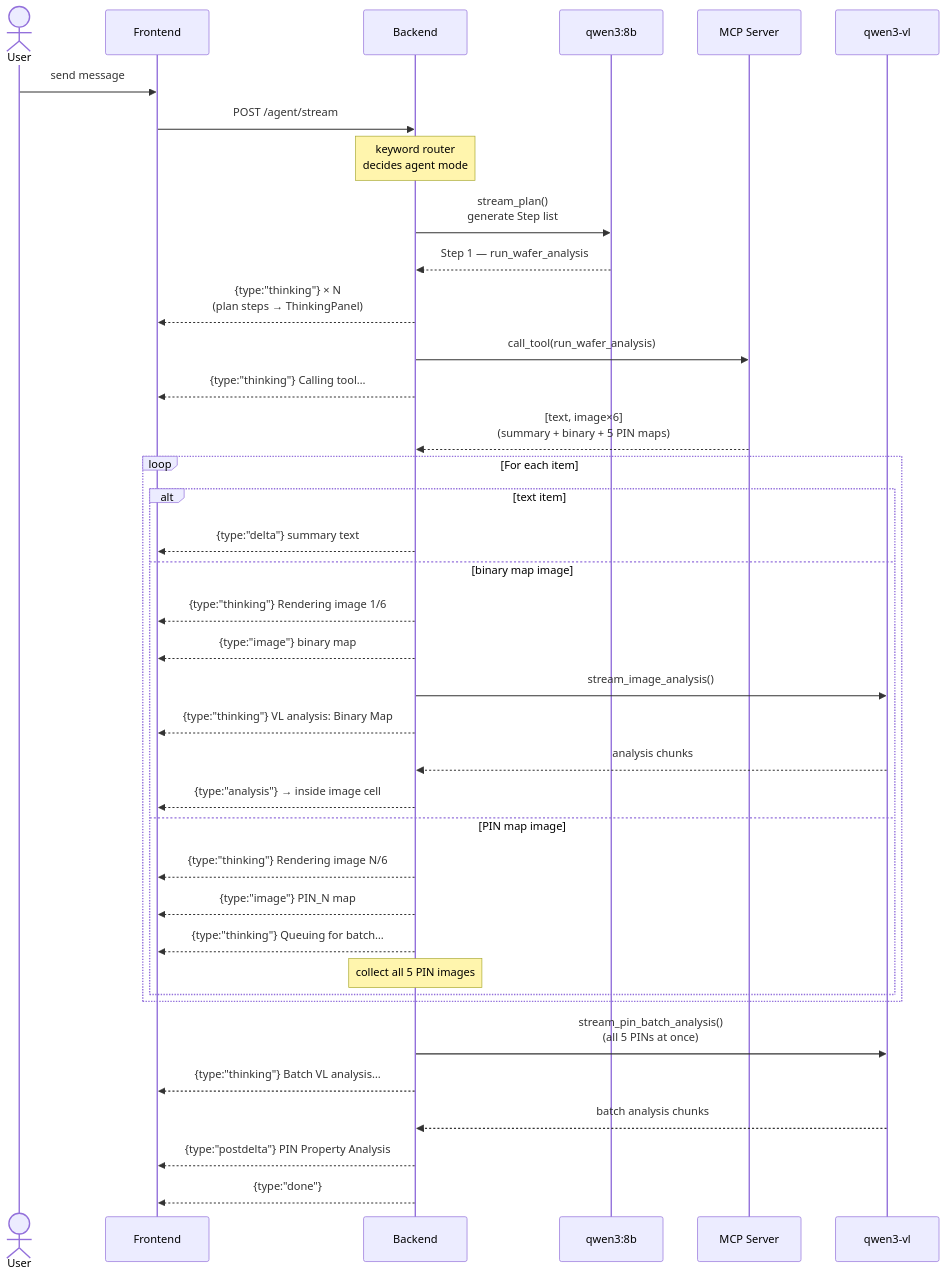
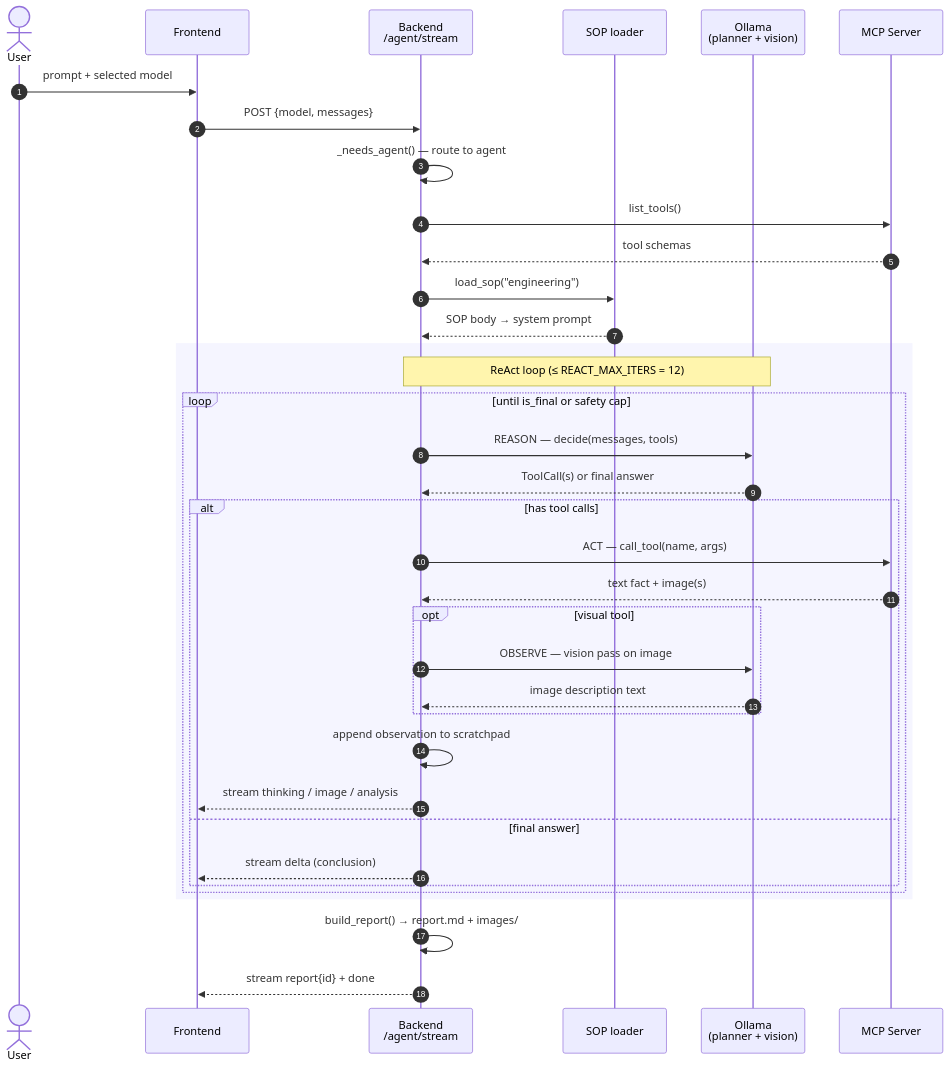
Before and after one commit to AlanTseng1018/LLM-Agent-Yield-Analysis-Engine: the second of 3 diagrams in ARCHITECTURE.md, drawn with Mermaid. The commit also changed other lines of this file, not shown here.

First line of the commit message:
docs(ARCHITECTURE): rewrite to match current ReAct-based architecture

````diff
--- a/ARCHITECTURE.md
+++ b/ARCHITECTURE.md
@@ -88,47 +70,43 @@
 ```mermaid
 sequenceDiagram
-    actor User
-    participant UI   as Frontend
-    participant BE   as Backend
-    participant LLM  as qwen3:8b
-    participant MCP  as MCP Server
-    participant VL   as qwen3-vl
+    autonumber
+    actor U as User
+    participant FE as Frontend
+    participant BE as Backend<br/>/agent/stream
+    participant SOP as SOP loader
+    participant LLM as Ollama<br/>(planner + vision)
+    participant MCP as MCP Server
 
-    User->>UI: send message
-    UI->>BE: POST /agent/stream
+    U->>FE: prompt + selected model
+    FE->>BE: POST {model, messages}
 
-    Note over BE: keyword router<br/>decides agent mode
+    BE->>BE: _needs_agent() — route to agent
+    BE->>MCP: list_tools()
+    MCP-->>BE: tool schemas
+    BE->>SOP: load_sop("engineering")
+    SOP-->>BE: SOP body → system prompt
 
-    BE->>LLM: stream_plan()<br/>generate Step list
-    LLM-->>BE: Step 1 — run_wafer_analysis
-    BE-->>UI: {type:"thinking"} × N<br/>(plan steps → ThinkingPanel)
+    rect rgb(245, 245, 255)
+    note over BE,LLM: ReAct loop (≤ REACT_MAX_ITERS = 12)
+    loop until is_final or safety cap
+        BE->>LLM: REASON — decide(messages, tools)
+        LLM-->>BE: ToolCall(s) or final answer
 
-    BE->>MCP: call_tool(run_wafer_analysis)
-    BE-->>UI: {type:"thinking"} Calling tool…
-
-    MCP-->>BE: [text, image×6]<br/>(summary + binary + 5 PIN maps)
-
-    loop For each item
-        alt text item
-            BE-->>UI: {type:"delta"} summary text
-        else binary map image
-            BE-->>UI: {type:"thinking"} Rendering image 1/6
-            BE-->>UI: {type:"image"} binary map
-            BE->>VL: stream_image_analysis()
-            BE-->>UI: {type:"thinking"} VL analysis: Binary Map
-            VL-->>BE: analysis chunks
-            BE-->>UI: {type:"analysis"} → inside image cell
-        else PIN map image
-            BE-->>UI: {type:"thinking"} Rendering image N/6
-            BE-->>UI: {type:"image"} PIN_N map
-            BE-->>UI: {type:"thinking"} Queuing for batch…
-            Note over BE: collect all 5 PIN images
+        alt has tool calls
+            BE->>MCP: ACT — call_tool(name, args)
+            MCP-->>BE: text fact + image(s)
+            opt visual tool
+                BE->>LLM: OBSERVE — vision pass on image
+                LLM-->>BE: image description text
+            end
+            BE->>BE: append observation to scratchpad
+            BE-->>FE: stream thinking / image / analysis
+        else final answer
+            BE-->>FE: stream delta (conclusion)
         end
     end
+    end
 
-    BE->>VL: stream_pin_batch_analysis()<br/>(all 5 PINs at once)
-    BE-->>UI: {type:"thinking"} Batch VL analysis…
-    VL-->>BE: batch analysis chunks
-    BE-->>UI: {type:"postdelta"} PIN Property Analysis
-    BE-->>UI: {type:"done"}
+    BE->>BE: build_report() → report.md + images/
+    BE-->>FE: stream report{id} + done
 ```
````
